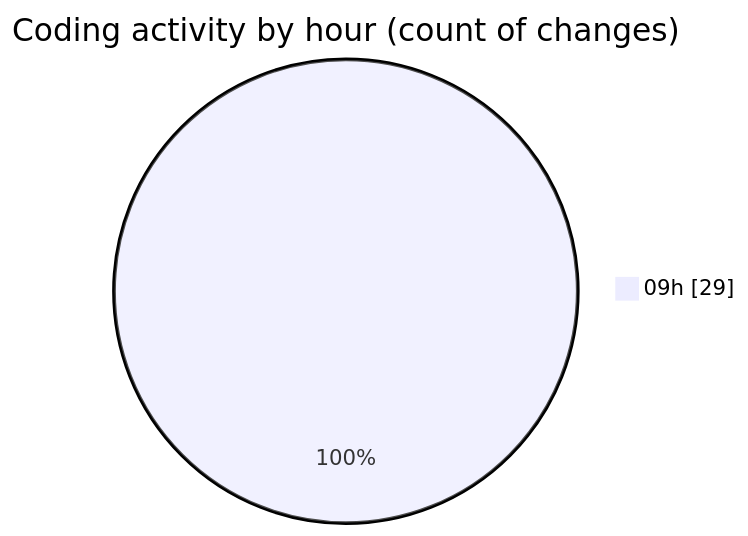
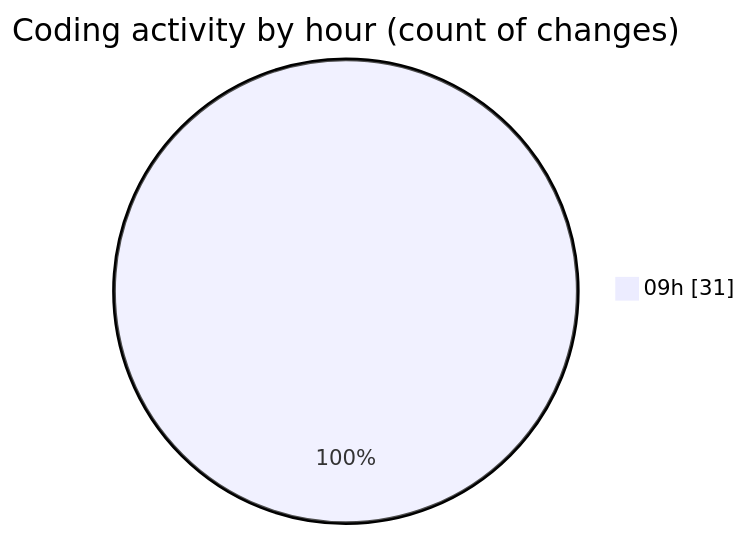
Before and after one commit to robertbonfada/code-tracking: the second of 2 diagrams in 2025-03-05/termonied_testador/README.md, drawn with Mermaid. The commit also changed other lines of this file and 1 other file, not shown here.

````diff
--- a/2025-03-05/termonied_testador/README.md
+++ b/2025-03-05/termonied_testador/README.md
@@ -32,5 +32,5 @@
 ```mermaid
 pie showData
 title Coding activity by hour (count of changes)
-"09h" : 29
+"09h" : 31
 ```
````
